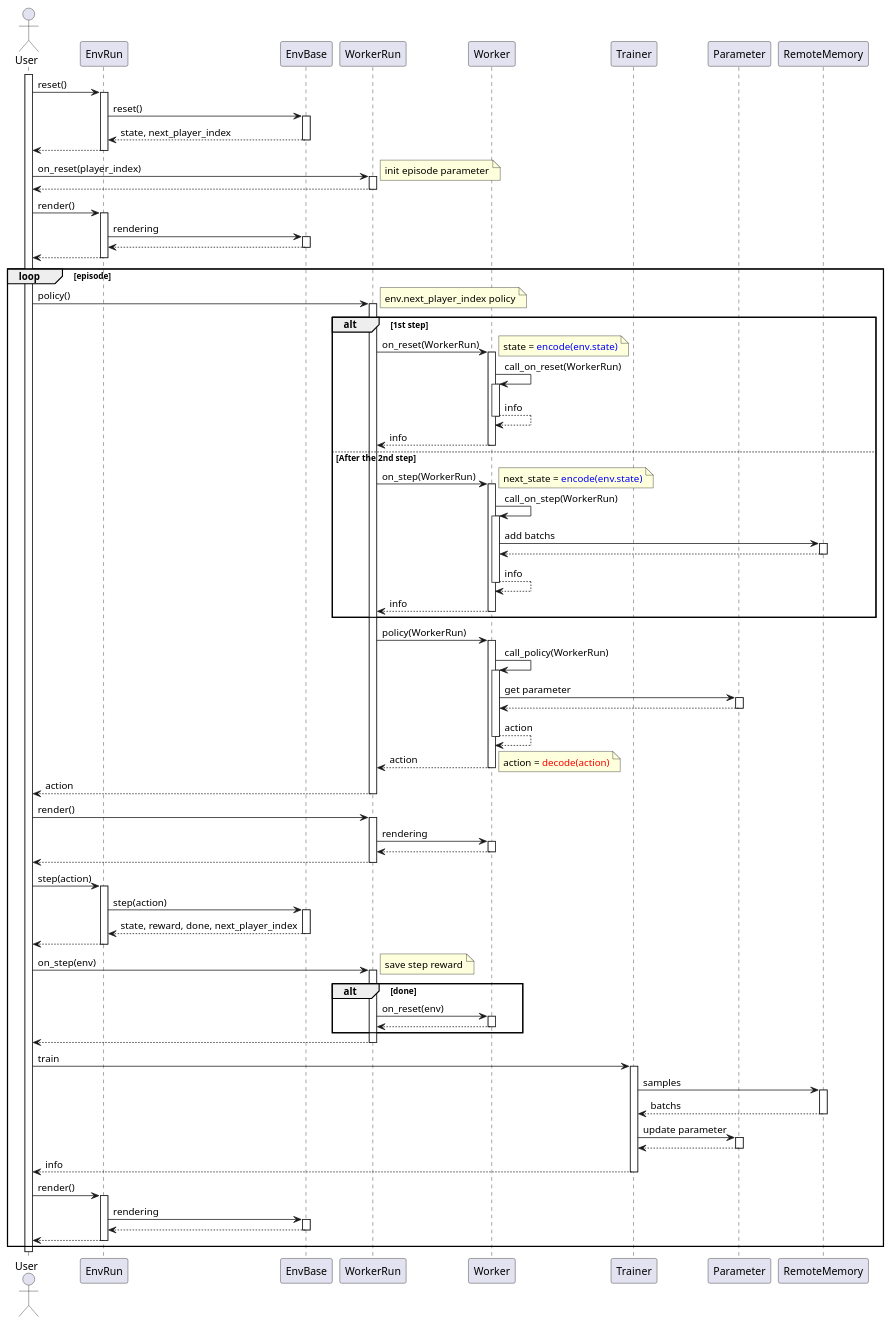
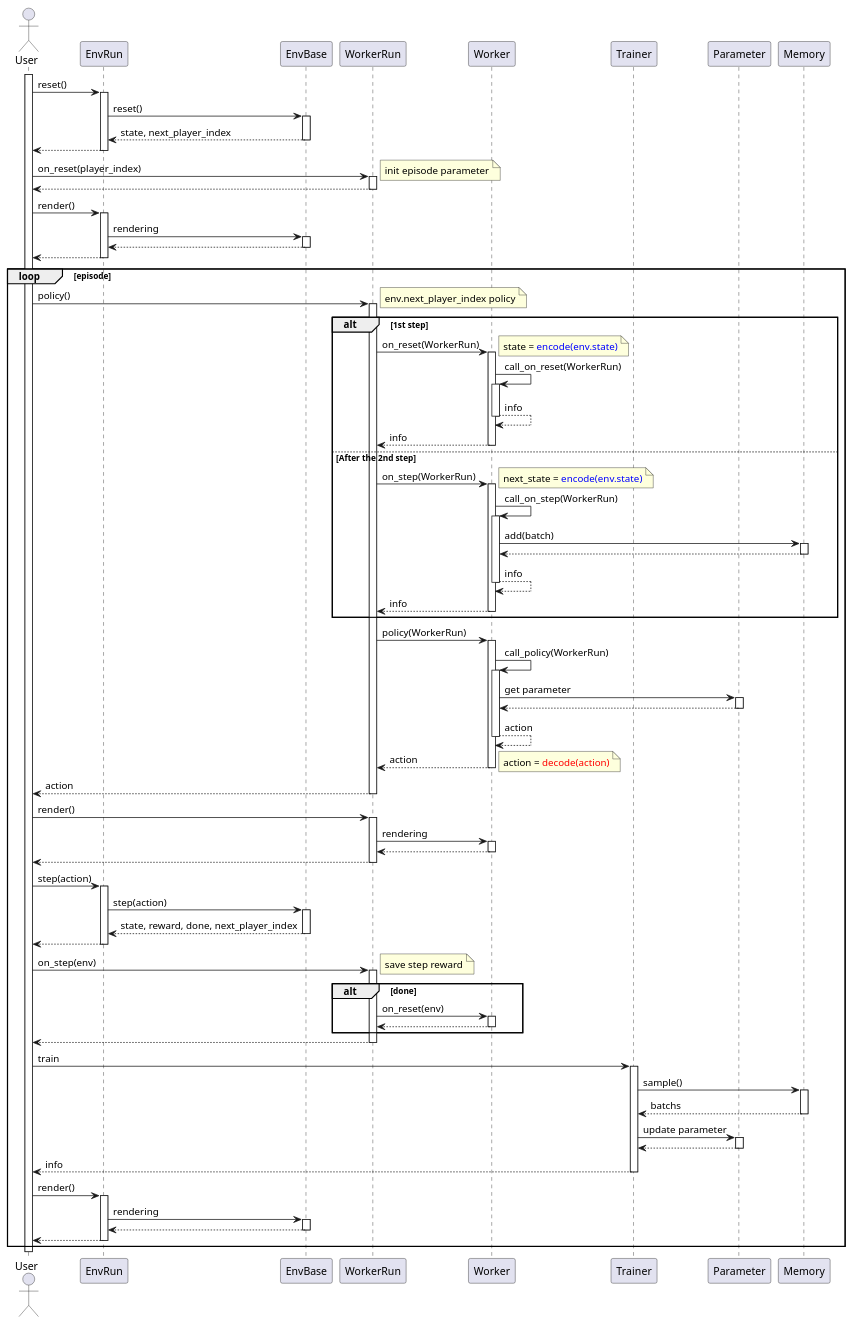
Before and after one commit to pocokhc/simple_distributed_rl: the diagram in diagrams/playflow.pu, drawn with PlantUML. The commit also changed 32 other files, not shown here.

```diff
--- a/diagrams/playflow.pu
+++ b/diagrams/playflow.pu
@@ -1,106 +1,106 @@
 @startuml playflow
 autoactivate on
 
 actor User
 
 participant EnvRun
 participant EnvBase
 
 participant WorkerRun
 participant Worker
 
 participant Trainer
 participant Parameter
-participant RemoteMemory
+participant Memory
 
 
 activate User
 
 User -> EnvRun: reset()
     EnvRun -> EnvBase: reset()
     return state, next_player_index
 return
 
 User -> WorkerRun: on_reset(player_index)
     note right: init episode parameter
 return
 
 User -> EnvRun: render()
     EnvRun -> EnvBase: rendering
     return
 return
 
 loop episode
 
     User -> WorkerRun: policy()
         note right
         env.next_player_index policy
         end note
 
         alt 1st step
             WorkerRun -> Worker: on_reset(WorkerRun)
                 note right
                 state = <color blue>encode(env.state)</color>
                 end note
                 Worker -> Worker: call_on_reset(WorkerRun)
                 return info
             return info
         else After the 2nd step
             WorkerRun -> Worker: on_step(WorkerRun)
                 note right
                 next_state = <color blue>encode(env.state)</color>
                 end note
                 Worker -> Worker: call_on_step(WorkerRun)
-                    Worker -> RemoteMemory: add batchs
+                    Worker -> Memory: add(batch)
                     return
                 return info
             return info
         end
 
         WorkerRun -> Worker: policy(WorkerRun)
             Worker -> Worker: call_policy(WorkerRun)
                 Worker -> Parameter: get parameter
                 return
             return action
         return action
         note right
         action = <color red>decode(action)</color>
         end note
     return action
 
     User -> WorkerRun: render()
         WorkerRun -> Worker: rendering
         return
     return
     
     User -> EnvRun: step(action)
         EnvRun -> EnvBase: step(action)
         return state, reward, done, next_player_index
     return
 
     User -> WorkerRun: on_step(env)
         note right
         save step reward
         end note
         alt done
             WorkerRun -> Worker: on_reset(env)
             return
         end
     return
 
     User -> Trainer: train
-        Trainer -> RemoteMemory: samples
+        Trainer -> Memory: sample()
         return batchs
         Trainer -> Parameter: update parameter
         return
     return info
 
     User -> EnvRun: render()
         EnvRun -> EnvBase: rendering
         return
     return
 
 end
 deactivate User
 
 @enduml
```
